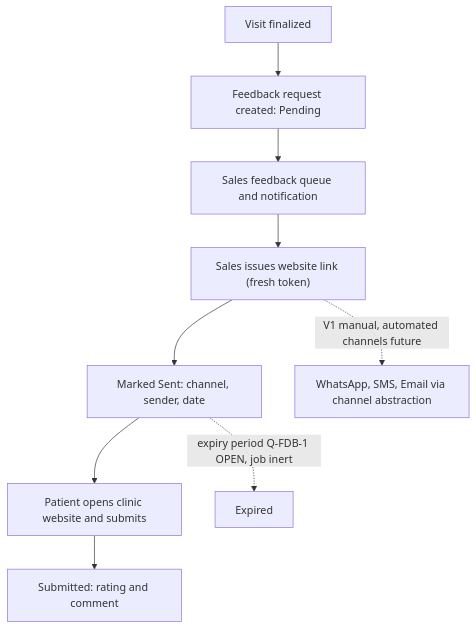
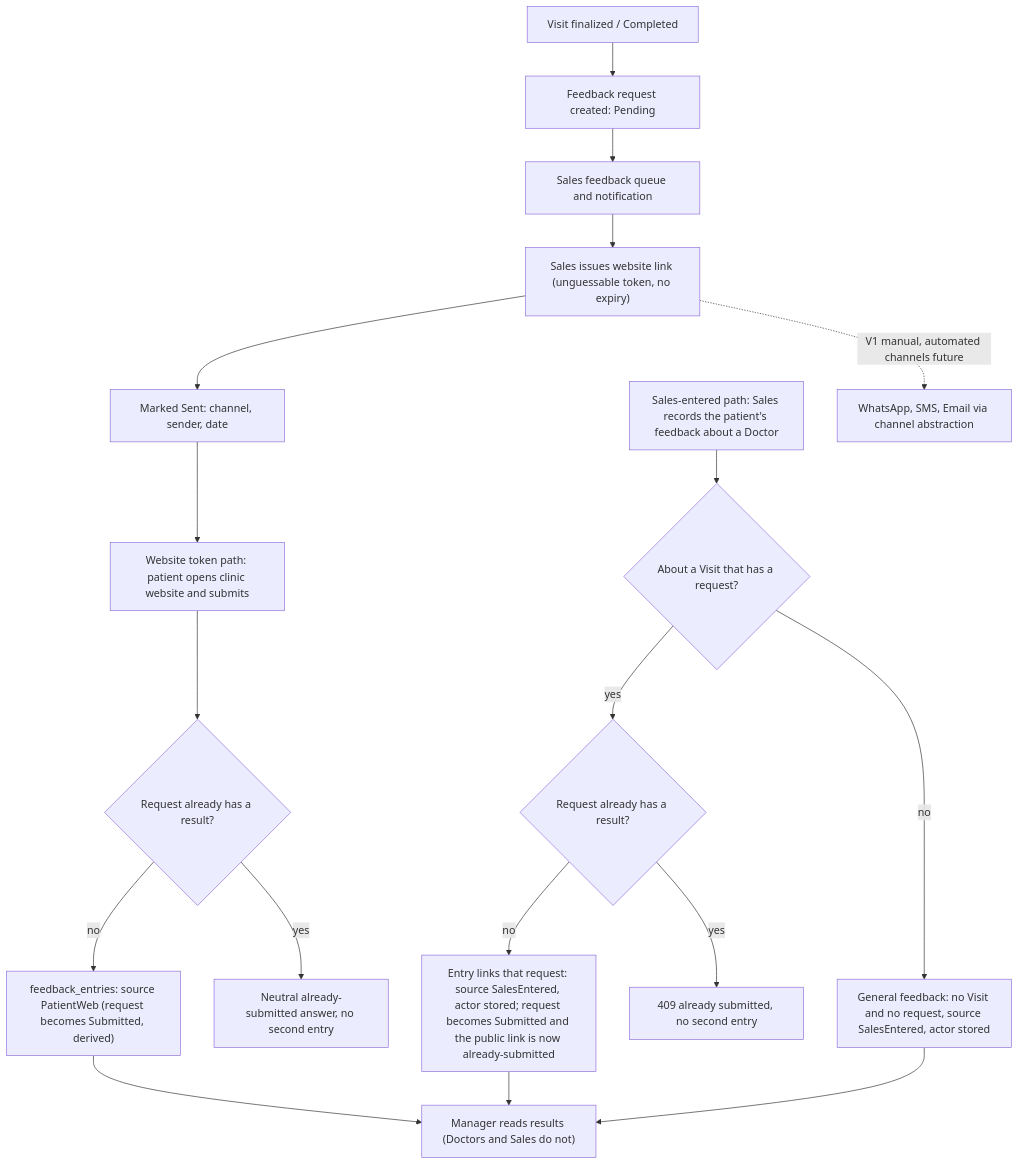
The diagram in docs/diagrams/diagram-20-feedback-workflow.mmd (mostafaabdullah11/Dental-clinical-system), drawn with Mermaid before and after one commit. The commit also changed 51 other files, not shown here.

```diff
--- a/docs/diagrams/diagram-20-feedback-workflow.mmd
+++ b/docs/diagrams/diagram-20-feedback-workflow.mmd
@@ -1,9 +1,18 @@
 flowchart TD
-    V["Visit finalized"] --> R["Feedback request created: Pending"]
+    V["Visit finalized / Completed"] --> R["Feedback request created: Pending"]
     R --> Q["Sales feedback queue and notification"]
-    Q --> L["Sales issues website link (fresh token)"]
+    Q --> L["Sales issues website link (unguessable token, no expiry)"]
     L --> S["Marked Sent: channel, sender, date"]
-    S --> W["Patient opens clinic website and submits"]
-    W --> SUB["Submitted: rating and comment"]
-    S -.->|"expiry period Q-FDB-1 OPEN, job inert"| EXP["Expired"]
+    S --> W["Website token path: patient opens clinic website and submits"]
+    W --> CHK{"Request already has a result?"}
+    CHK -->|"no"| SUB["feedback_entries: source PatientWeb (request becomes Submitted, derived)"]
+    CHK -->|"yes"| DUP["Neutral already-submitted answer, no second entry"]
+    SE["Sales-entered path: Sales records the patient's feedback about a Doctor"] --> VQ{"About a Visit that has a request?"}
+    VQ -->|"yes"| CHK2{"Request already has a result?"}
+    CHK2 -->|"no"| LNK["Entry links that request: source SalesEntered, actor stored; request becomes Submitted and the public link is now already-submitted"]
+    CHK2 -->|"yes"| DUP2["409 already submitted, no second entry"]
+    VQ -->|"no"| GEN["General feedback: no Visit and no request, source SalesEntered, actor stored"]
+    SUB --> RES["Manager reads results (Doctors and Sales do not)"]
+    LNK --> RES
+    GEN --> RES
     L -.->|"V1 manual, automated channels future"| FUT["WhatsApp, SMS, Email via channel abstraction"]
```
